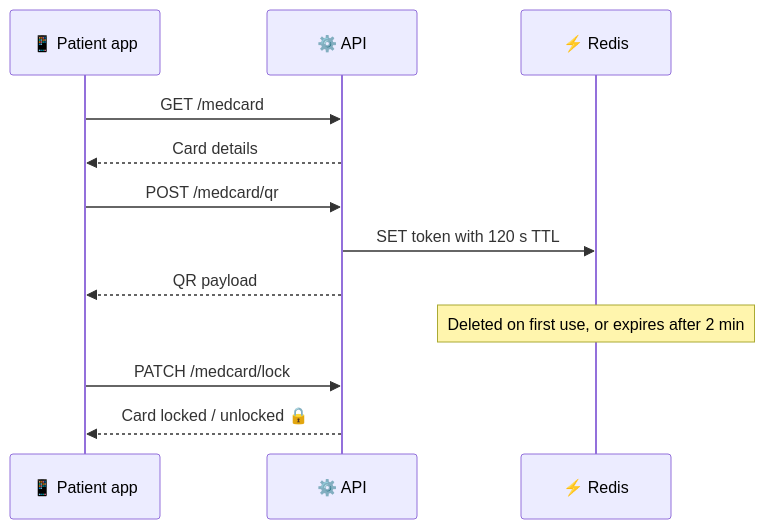
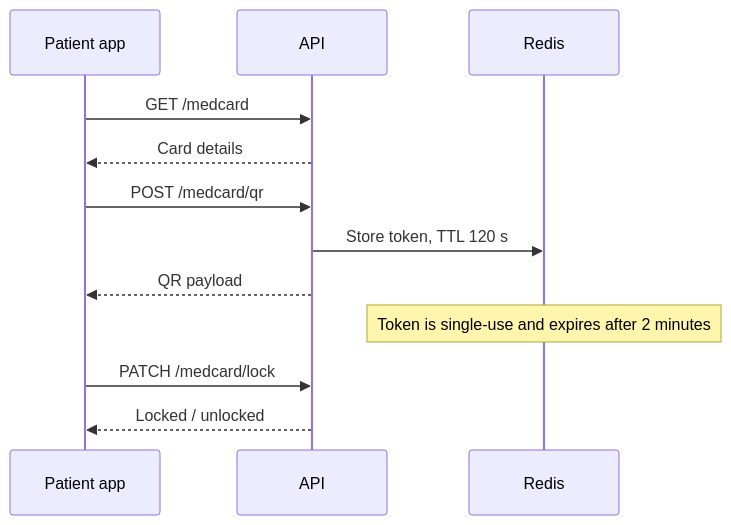
The third of 5 diagrams in README.md (nyctophile-man/Sarvayuh), drawn with Mermaid before and after one commit. The commit also changed other lines of this file, not shown here.

````diff
--- a/README.md
+++ b/README.md
@@ -252,15 +170,15 @@
 ```mermaid
 sequenceDiagram
-    participant P as 📱 Patient app
-    participant API as ⚙️ API
-    participant R as ⚡ Redis
+    participant P as Patient app
+    participant API
+    participant R as Redis
 
     P->>API: GET /medcard
     API-->>P: Card details
     P->>API: POST /medcard/qr
-    API->>R: SET token with 120 s TTL
+    API->>R: Store token, TTL 120 s
     API-->>P: QR payload
-    Note over R: Deleted on first use, or expires after 2 min
+    Note over R: Token is single-use and expires after 2 minutes
     P->>API: PATCH /medcard/lock
-    API-->>P: Card locked / unlocked 🔒
+    API-->>P: Locked / unlocked
 ```
````
